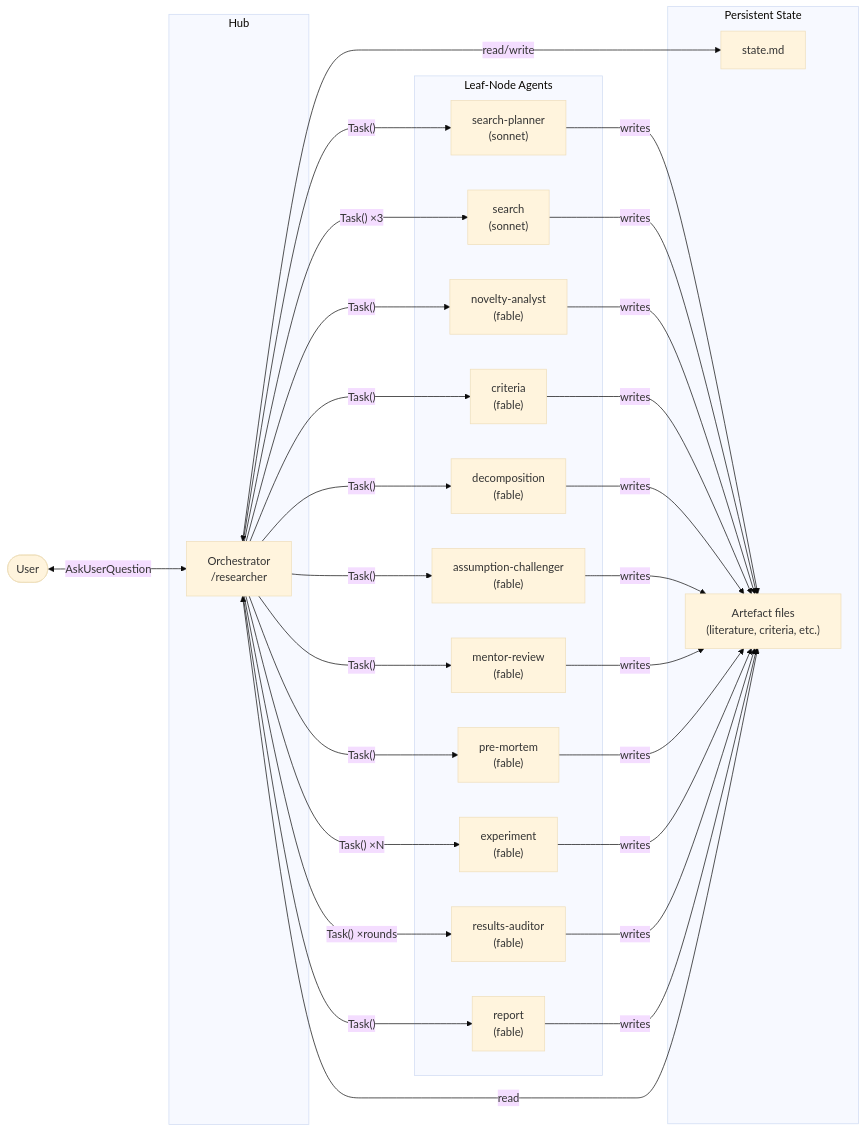
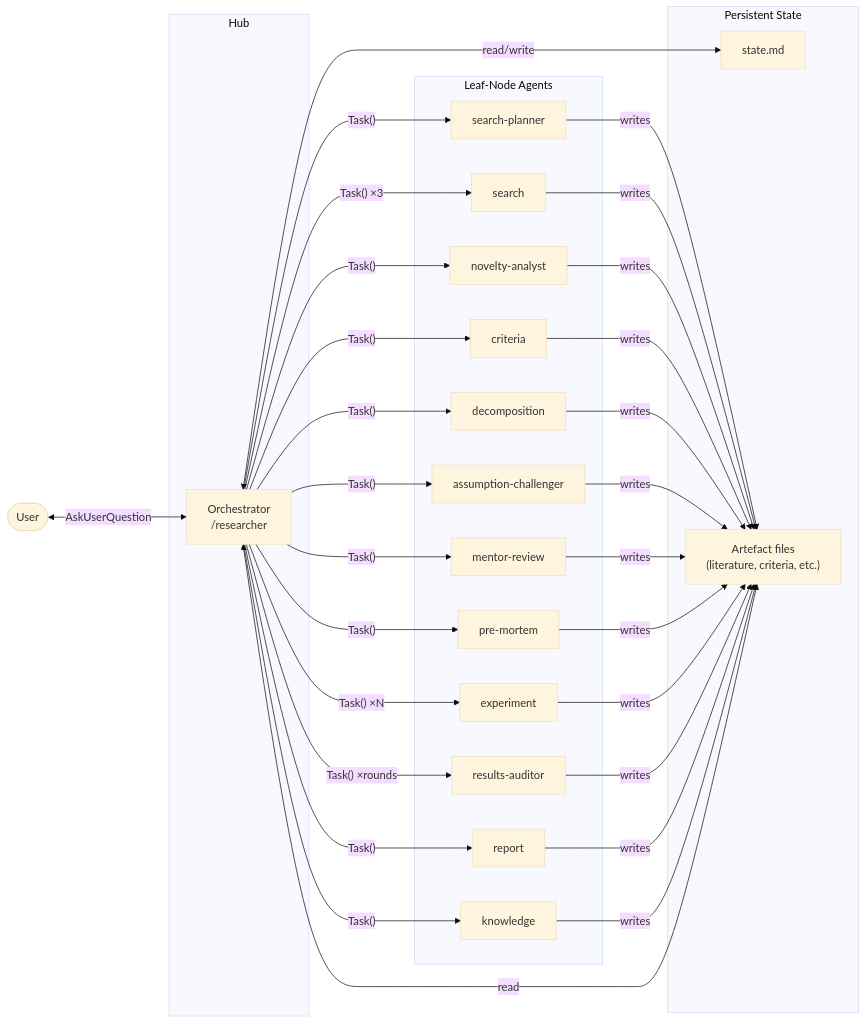
One commit to tbuckworth/ai-safety-researcher changed the second of 4 diagrams in docs/DIAGRAM.md. Above: the diagram before and after it, drawn with Mermaid (base theme). The commit also changed other lines of this file and 1 other file, not shown here.

Commit message:
One agent catalogue; ARCHITECTURE.md points to the repo map
ARCHITECTURE.md's Agent Inventory is the one list of agents. Its Directory
Layout restated the repo map with a hooks/ folder that does not exist, an
untracked settings file and an incomplete templates/ and scripts/; it now
points to AGENTS.md. DIAGRAM.md's agent diagrams gain the knowledge agent
and drop the models the inventory already gives, and the knowledge agent's
steps are the ones that dispatch it (2, 6, 11).

````diff
--- a/docs/DIAGRAM.md
+++ b/docs/DIAGRAM.md
@@ -77,53 +78,56 @@
 ```mermaid
 flowchart LR
     subgraph Hub
         O["Orchestrator\n/researcher"]
     end
 
     subgraph Agents["Leaf-Node Agents"]
-        A1["search-planner\n(sonnet)"]
-        A2["search\n(sonnet)"]
-        A3["novelty-analyst\n(fable)"]
-        A4["criteria\n(fable)"]
-        A5["decomposition\n(fable)"]
-        A6["assumption-challenger\n(fable)"]
-        A7["mentor-review\n(fable)"]
-        A8["pre-mortem\n(fable)"]
-        A9["experiment\n(fable)"]
-        A10["results-auditor\n(fable)"]
-        A11["report\n(fable)"]
+        A1["search-planner"]
+        A2["search"]
+        A3["novelty-analyst"]
+        A4["criteria"]
+        A5["decomposition"]
+        A6["assumption-challenger"]
+        A7["mentor-review"]
+        A8["pre-mortem"]
+        A9["experiment"]
+        A10["results-auditor"]
+        A11["report"]
+        A12["knowledge"]
     end
 
     subgraph State["Persistent State"]
         SM["state.md"]
         AR["Artefact files\n(literature, criteria, etc.)"]
     end
 
     U(["User"]) <-->|"AskUserQuestion"| O
     O -->|"Task()"| A1
     O -->|"Task() ×3"| A2
     O -->|"Task()"| A3
     O -->|"Task()"| A4
     O -->|"Task()"| A5
     O -->|"Task()"| A6
     O -->|"Task()"| A7
     O -->|"Task()"| A8
     O -->|"Task() ×N"| A9
     O -->|"Task() ×rounds"| A10
     O -->|"Task()"| A11
+    O -->|"Task()"| A12
 
     A1 -->|writes| AR
     A2 -->|writes| AR
     A3 -->|writes| AR
     A4 -->|writes| AR
     A5 -->|writes| AR
     A6 -->|writes| AR
     A7 -->|writes| AR
     A8 -->|writes| AR
     A9 -->|writes| AR
     A10 -->|writes| AR
     A11 -->|writes| AR
+    A12 -->|writes| AR
 
     O <-->|"read/write"| SM
     O <-->|"read"| AR
 ```
````
